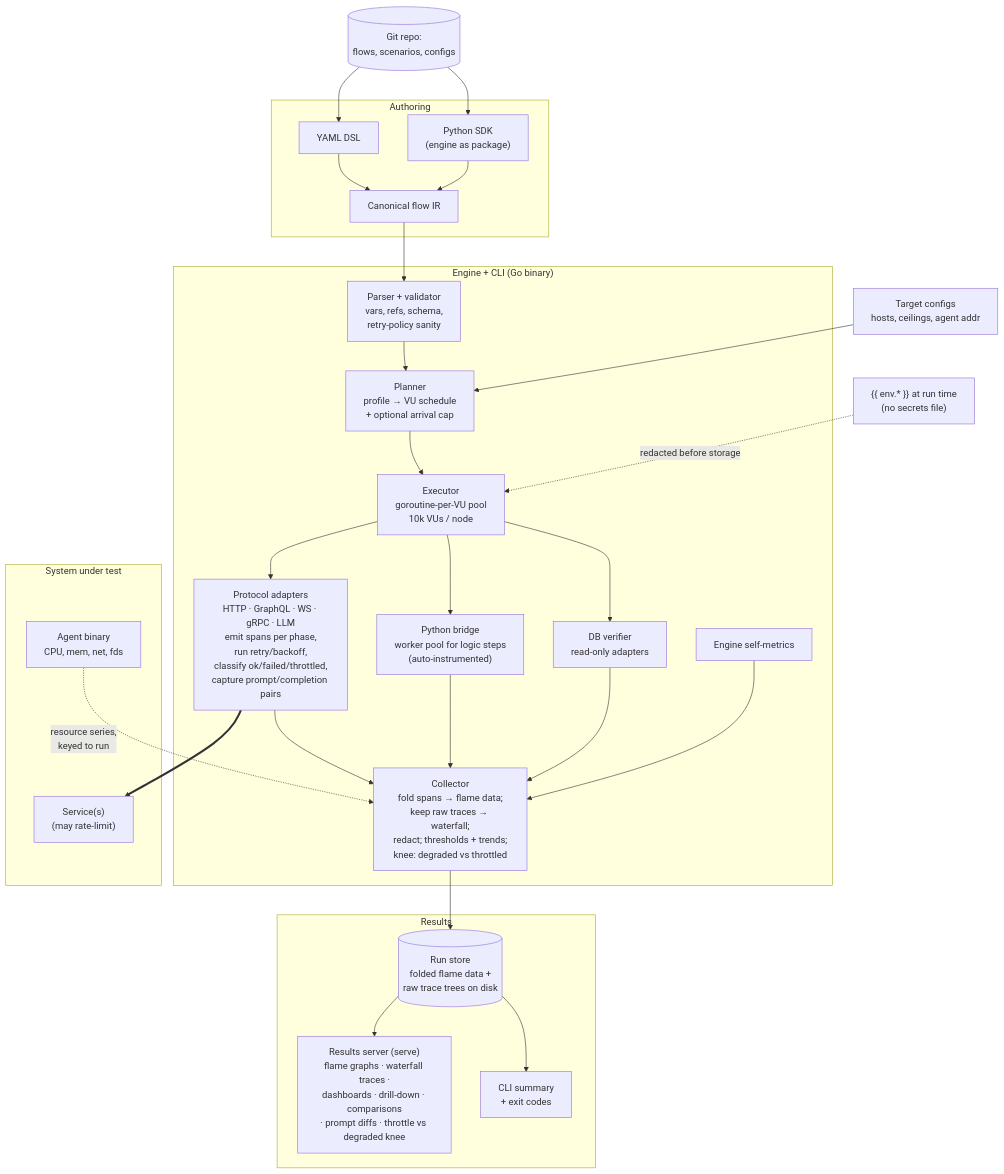
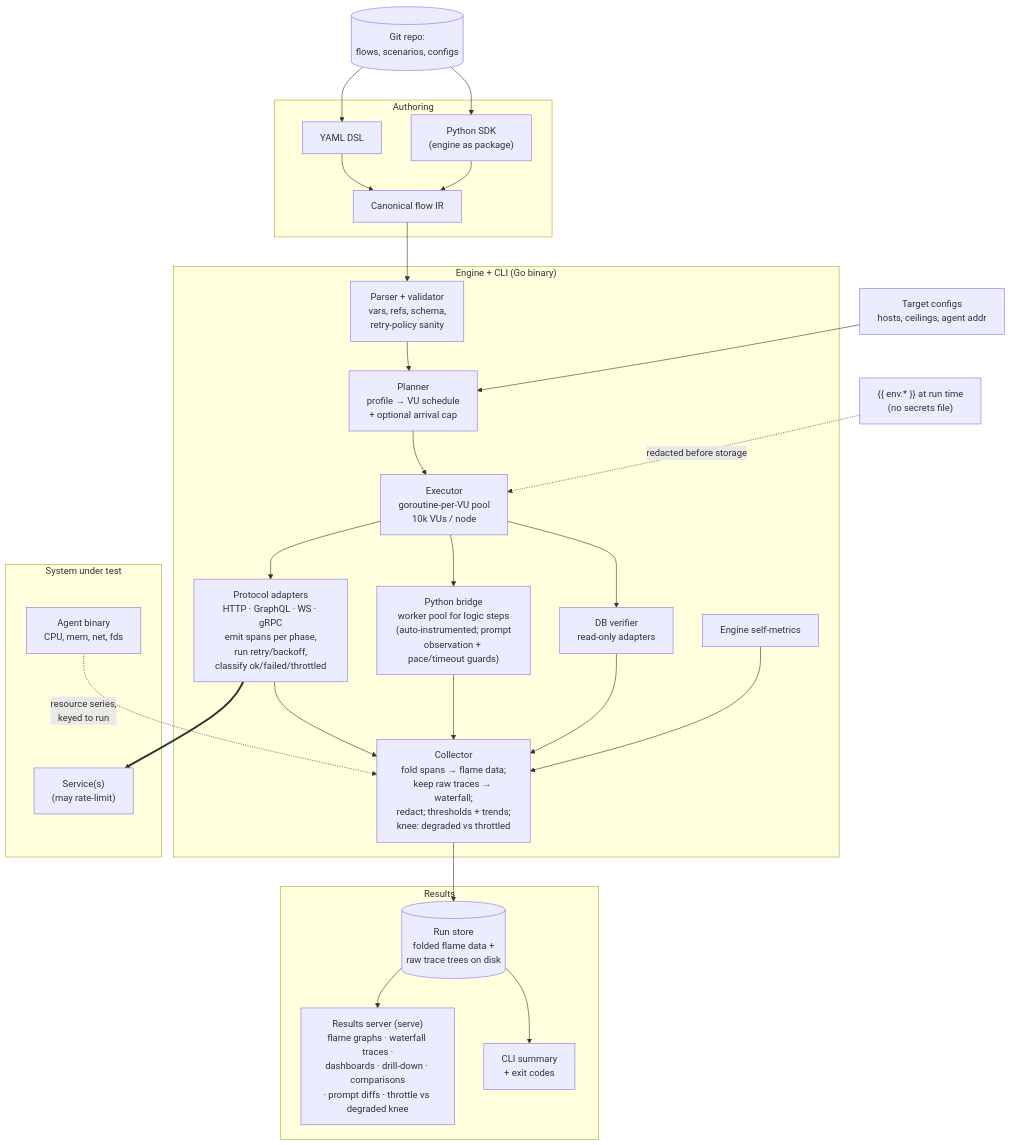
The third of 4 diagrams in docs/prd.md (blackprince001/flowbench), drawn with Mermaid before and after one commit. The commit also changed other lines of this file and 6 other files, not shown here.

````diff
--- a/docs/prd.md
+++ b/docs/prd.md
@@ -486,38 +497,38 @@
 ```mermaid
 graph TD
     subgraph Authoring
         Y["YAML DSL"] --> IR["Canonical flow IR"]
         PY["Python SDK<br/>(engine as package)"] --> IR
     end
 
     subgraph Engine["Engine + CLI (Go binary)"]
         IR --> V["Parser + validator<br/>vars, refs, schema,<br/>retry-policy sanity"]
         V --> PL["Planner<br/>profile → VU schedule<br/>+ optional arrival cap"]
         PL --> EX["Executor<br/>goroutine-per-VU pool<br/>10k VUs / node"]
-        EX --> AD["Protocol adapters<br/>HTTP · GraphQL · WS · gRPC · LLM<br/>emit spans per phase,<br/>run retry/backoff,<br/>classify ok/failed/throttled,<br/>capture prompt/completion pairs"]
-        EX --> BR["Python bridge<br/>worker pool for logic steps<br/>(auto-instrumented)"]
+        EX --> AD["Protocol adapters<br/>HTTP · GraphQL · WS · gRPC<br/>emit spans per phase,<br/>run retry/backoff,<br/>classify ok/failed/throttled"]
+        EX --> BR["Python bridge<br/>worker pool for logic steps<br/>(auto-instrumented; prompt<br/>observation + pace/timeout guards)"]
         EX --> VF["DB verifier<br/>read-only adapters"]
         AD --> COL["Collector<br/>fold spans → flame data;<br/>keep raw traces → waterfall;<br/>redact; thresholds + trends;<br/>knee: degraded vs throttled"]
         BR --> COL
         VF --> COL
         SELF["Engine self-metrics"] --> COL
     end
 
     subgraph Target["System under test"]
         SUT["Service(s)<br/>(may rate-limit)"]
         AG["Agent binary<br/>CPU, mem, net, fds"]
     end
     AD ==> SUT
     AG -. "resource series,<br/>keyed to run" .-> COL
 
     subgraph Results
         COL --> ST[("Run store<br/>folded flame data +<br/>raw trace trees on disk")]
         ST --> RS["Results server (serve)<br/>flame graphs · waterfall traces ·<br/>dashboards · drill-down · comparisons<br/>· prompt diffs · throttle vs degraded knee"]
         ST --> CLI["CLI summary<br/>+ exit codes"]
     end
 
     ENV["{{ env.* }} at run time<br/>(no secrets file)"] -. redacted before storage .-> EX
     TC["Target configs<br/>hosts, ceilings, agent addr"] --> PL
     GIT[("Git repo:<br/>flows, scenarios, configs")] --> Y
     GIT --> PY
 ```
````
